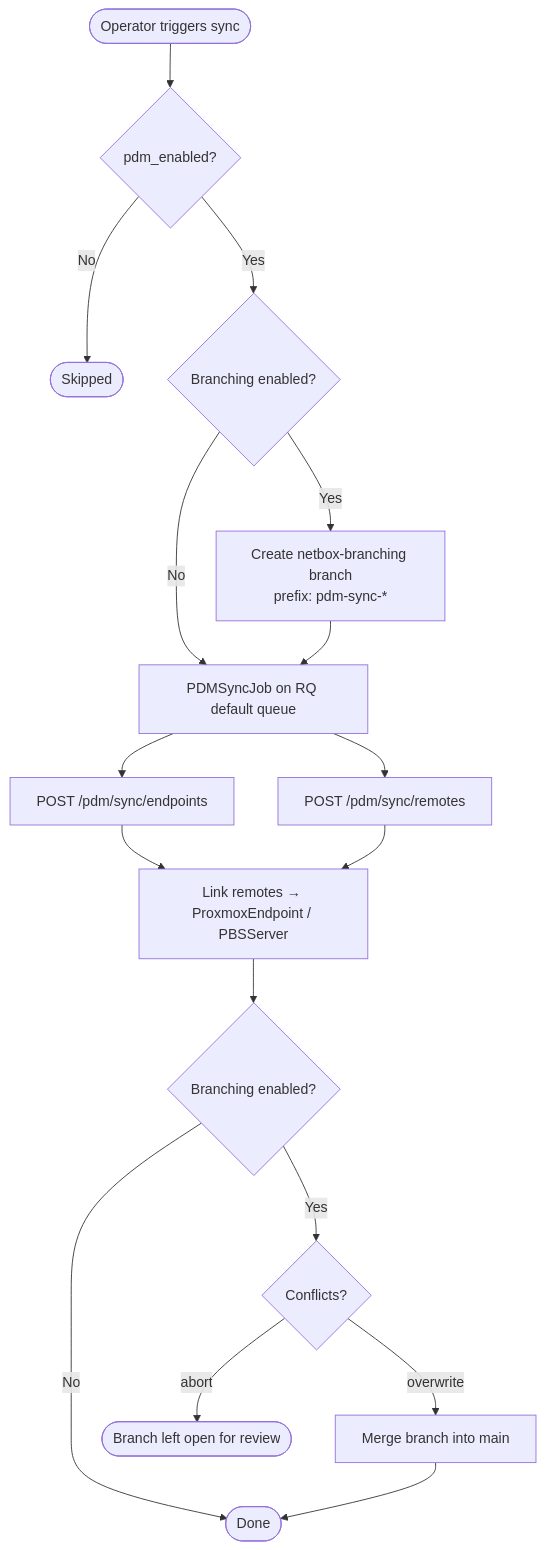
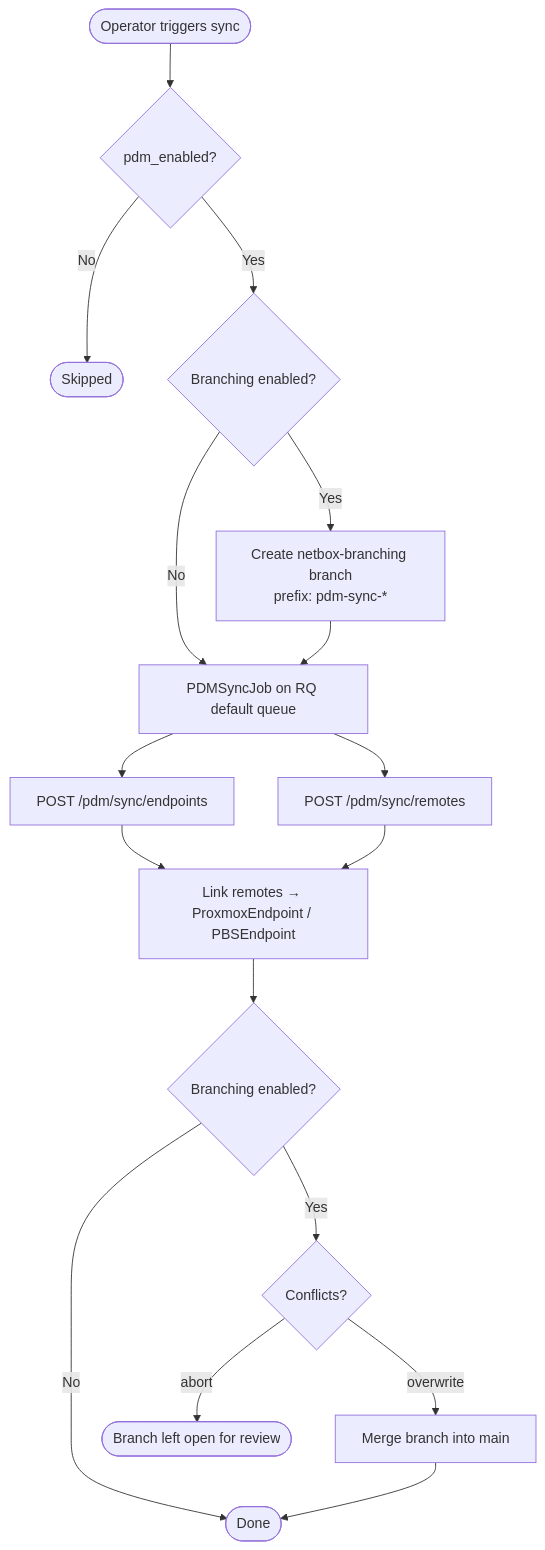
One commit to emersonfelipesp/netbox-proxbox changed the second of 3 diagrams in docs/companion-plugins/netbox-pdm.md. Above: the diagram before and after it, drawn with Mermaid. The commit also changed other lines of this file and 38 other files, not shown here.

````diff
--- a/docs/companion-plugins/netbox-pdm.md
+++ b/docs/companion-plugins/netbox-pdm.md
@@ -79,18 +81,18 @@
 ```mermaid
 flowchart TD
     A([Operator triggers sync]) --> B{pdm_enabled?}
     B -- No --> Z([Skipped])
     B -- Yes --> C{Branching enabled?}
     C -- No --> D[PDMSyncJob on RQ default queue]
     C -- Yes --> E[Create netbox-branching branch\nprefix: pdm-sync-*]
     E --> D
     D --> F["POST /pdm/sync/endpoints"]
     D --> G["POST /pdm/sync/remotes"]
-    F & G --> H[Link remotes → ProxmoxEndpoint / PBSServer]
+    F & G --> H[Link remotes → ProxmoxEndpoint / PBSEndpoint]
     H --> I{Branching enabled?}
     I -- No --> J([Done])
     I -- Yes --> K{Conflicts?}
     K -- abort --> L([Branch left open for review])
     K -- overwrite --> M[Merge branch into main]
     M --> J
 ```
````
